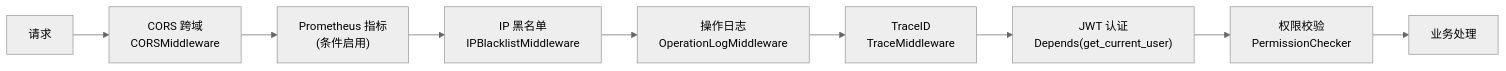
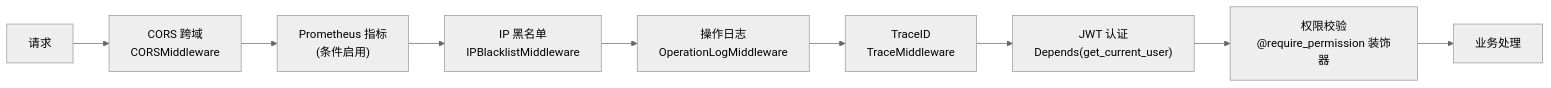
Before and after one commit to earthy-zinc/dehaze-system: diagram 13 of 15 in dehaze-doc/docs/02-系统架构/08-后端基础设施设计(Python).md, drawn with Mermaid (neutral theme). The commit also changed other lines of this file and 19 other files, not shown here.

````diff
--- a/dehaze-doc/docs/02-系统架构/08-后端基础设施设计(Python).md
+++ b/dehaze-doc/docs/02-系统架构/08-后端基础设施设计(Python).md
@@ -1077,11 +1081,11 @@
 ```mermaid
 flowchart LR
     Req["请求"] --> CORS["CORS 跨域<br/>CORSMiddleware"]
     CORS --> Prometheus["Prometheus 指标<br/>(条件启用)"]
     Prometheus --> IPBlacklist["IP 黑名单<br/>IPBlacklistMiddleware"]
     IPBlacklist --> OpLog["操作日志<br/>OperationLogMiddleware"]
     OpLog --> Trace["TraceID<br/>TraceMiddleware"]
     Trace --> JWT["JWT 认证<br/>Depends(get_current_user)"]
-    JWT --> Permission["权限校验<br/>PermissionChecker"]
+    JWT --> Permission["权限校验<br/>@require_permission 装饰器"]
     Permission --> Handler["业务处理"]
 ```
````
